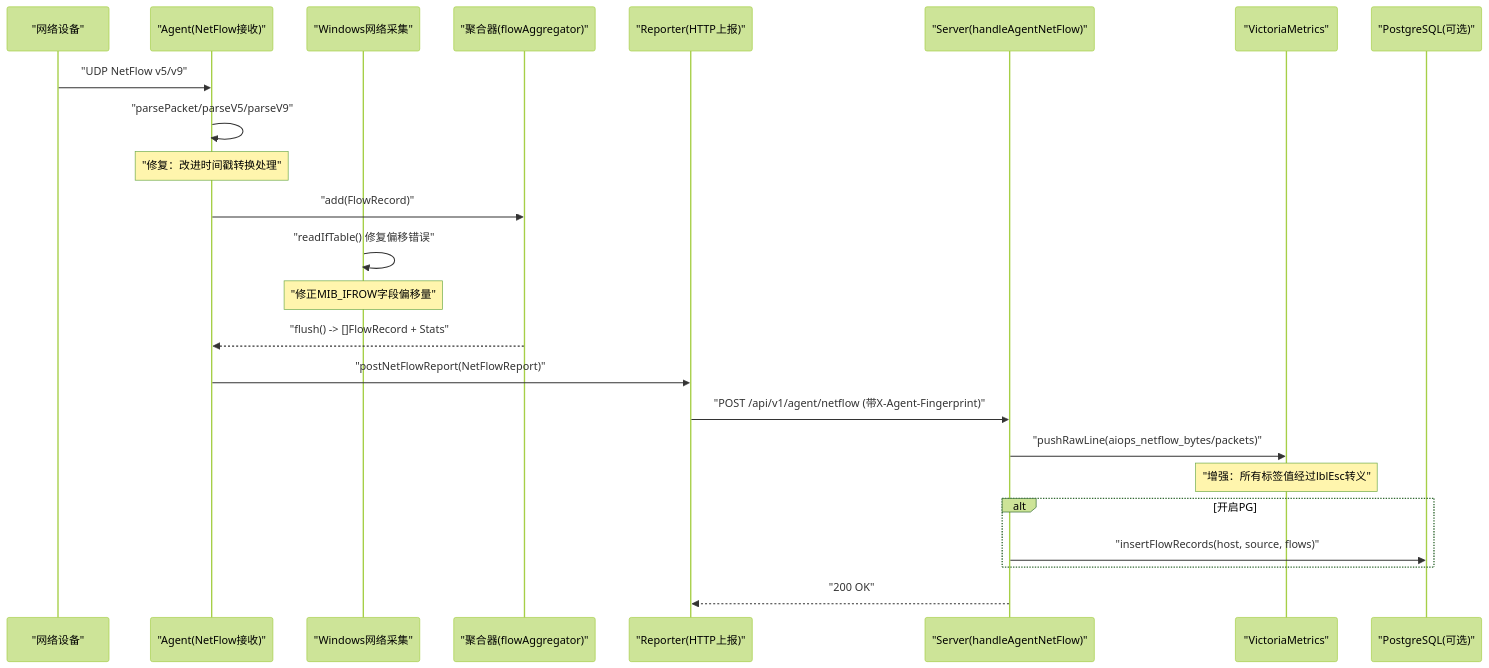
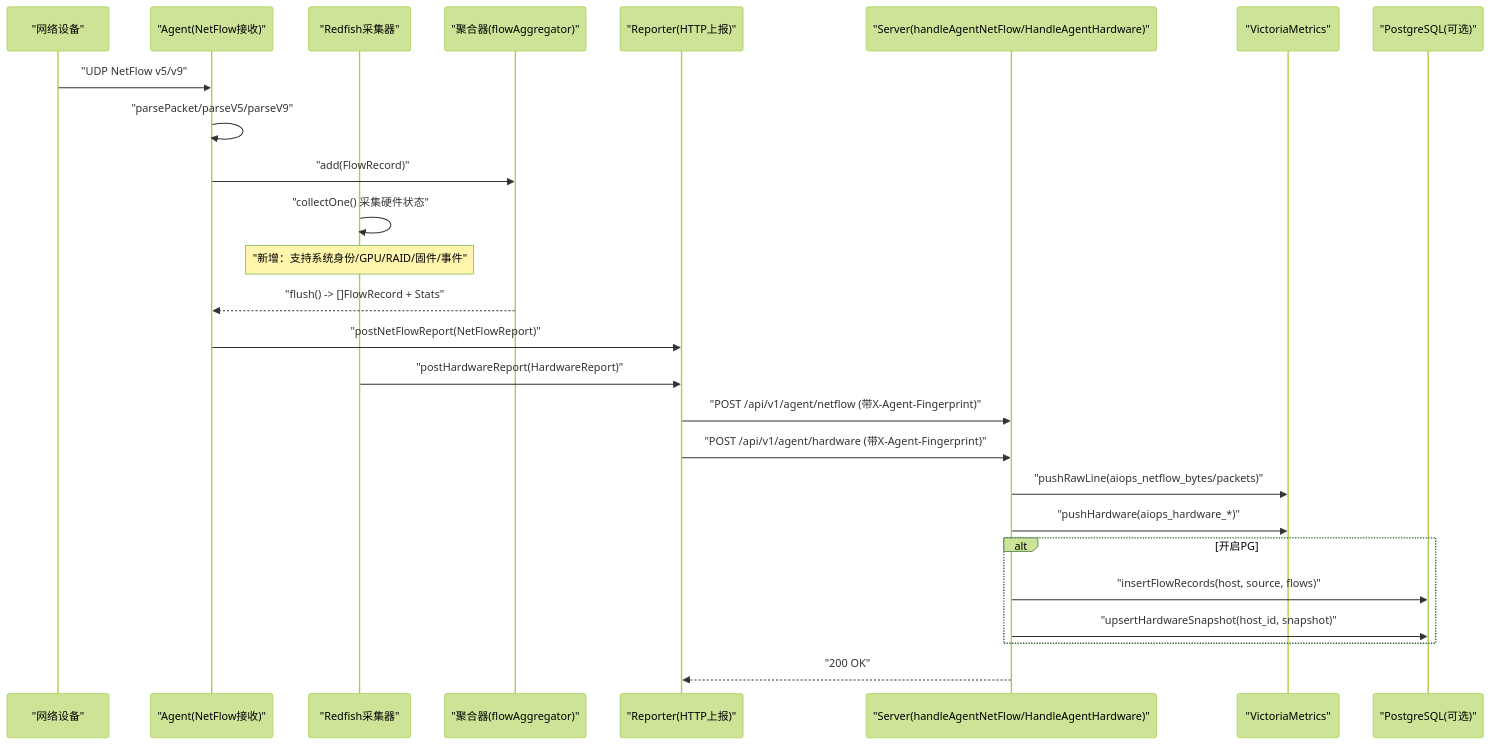
The second of 6 diagrams in .qoder/repowiki/zh/content/架构设计/Agent 客户端架构/NetFlow网络流量采集器.md (sreyun/aiops-monitor), drawn with Mermaid (forest theme) before and after one commit. The commit also changed other lines of this file and 38 other files, not shown here.

````diff
--- a/.qoder/repowiki/zh/content/架构设计/Agent 客户端架构/NetFlow网络流量采集器.md
+++ b/.qoder/repowiki/zh/content/架构设计/Agent 客户端架构/NetFlow网络流量采集器.md
@@ -144,26 +120,28 @@
 ```mermaid
 sequenceDiagram
 participant Switch as "网络设备"
 participant Agent as "Agent(NetFlow接收)"
-participant Win as "Windows网络采集"
+participant RF as "Redfish采集器"
 participant Agg as "聚合器(flowAggregator)"
 participant Rep as "Reporter(HTTP上报)"
-participant Server as "Server(handleAgentNetFlow)"
+participant Server as "Server(handleAgentNetFlow/HandleAgentHardware)"
 participant VM as "VictoriaMetrics"
 participant PG as "PostgreSQL(可选)"
 Switch->>Agent : "UDP NetFlow v5/v9"
 Agent->>Agent : "parsePacket/parseV5/parseV9"
-Note over Agent : "修复：改进时间戳转换处理"
 Agent->>Agg : "add(FlowRecord)"
-Win->>Win : "readIfTable() 修复偏移错误"
-Note over Win : "修正MIB_IFROW字段偏移量"
+RF->>RF : "collectOne() 采集硬件状态"
+Note over RF : "新增：支持系统身份/GPU/RAID/固件/事件"
 Agg-->>Agent : "flush() -> []FlowRecord + Stats"
 Agent->>Rep : "postNetFlowReport(NetFlowReport)"
+RF->>Rep : "postHardwareReport(HardwareReport)"
 Rep->>Server : "POST /api/v1/agent/netflow (带X-Agent-Fingerprint)"
+Rep->>Server : "POST /api/v1/agent/hardware (带X-Agent-Fingerprint)"
 Server->>VM : "pushRawLine(aiops_netflow_bytes/packets)"
-Note over VM : "增强：所有标签值经过lblEsc转义"
+Server->>VM : "pushHardware(aiops_hardware_*)"
 alt 开启PG
 Server->>PG : "insertFlowRecords(host, source, flows)"
+Server->>PG : "upsertHardwareSnapshot(host_id, snapshot)"
 end
 Server-->>Rep : "200 OK"
 ```
````
